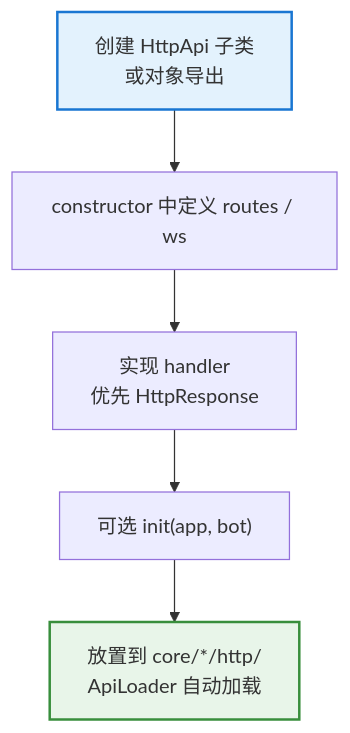
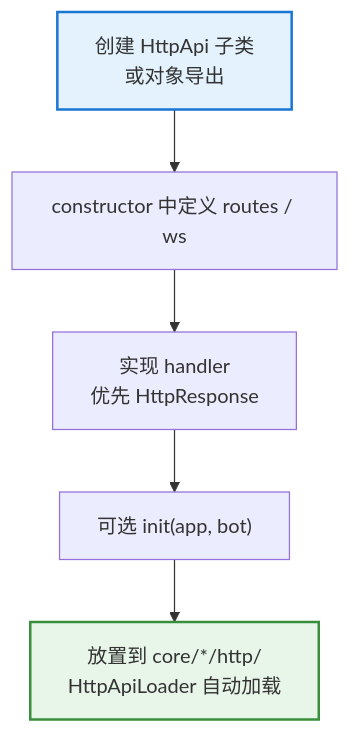
Before and after one commit to sunflowermm/XRK-AGT: the fifth of 8 diagrams in docs/框架可扩展性指南.md, drawn with Mermaid. The commit also changed other lines of this file and 315 other files, not shown here.

````diff
--- a/docs/框架可扩展性指南.md
+++ b/docs/框架可扩展性指南.md
@@ -534,10 +534,10 @@
 ```mermaid
 flowchart TB
     A["创建 HttpApi 子类<br/>或对象导出"] --> B["constructor 中定义 routes / ws"]
     B --> C["实现 handler<br/>优先 HttpResponse"]
     C --> D["可选 init(app, bot)"]
-    D --> E["放置到 core/*/http/<br/>ApiLoader 自动加载"]
+    D --> E["放置到 core/*/http/<br/>HttpApiLoader 自动加载"]
     
     style A fill:#E3F2FD,stroke:#1976D2,stroke-width:2px
     style E fill:#E8F5E9,stroke:#388E3C,stroke-width:2px
 ```
````
